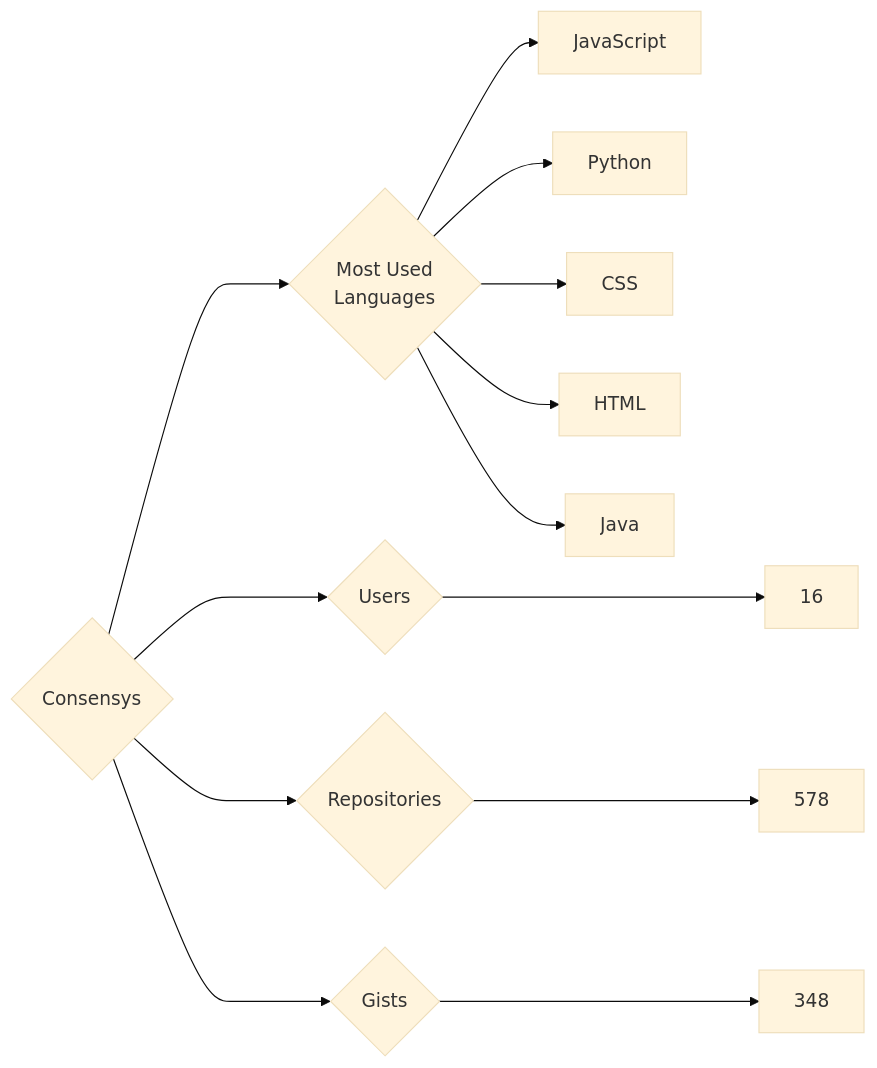
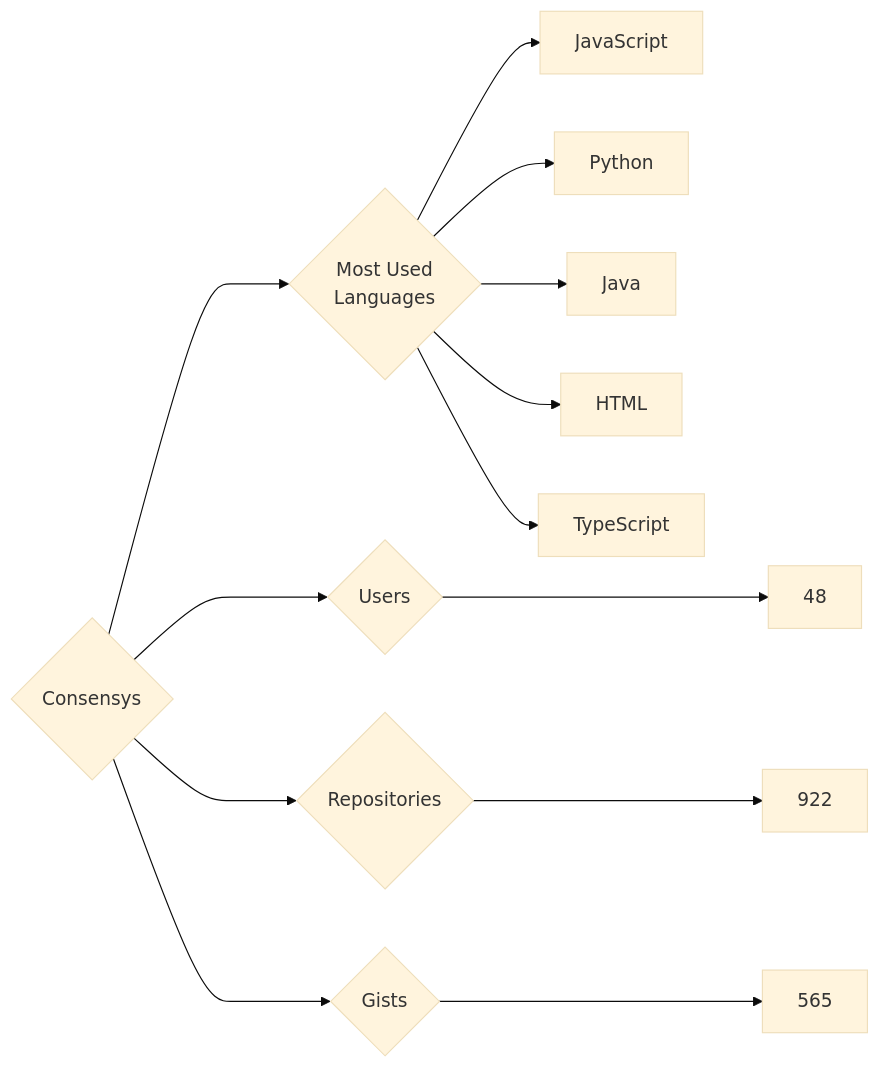
One commit to trickest/insiders changed the diagram in targets/Consensys/README.md. Above: the diagram before and after it, drawn with Mermaid (base theme). The commit also changed 826 other files, not shown here.

````diff
--- a/targets/Consensys/README.md
+++ b/targets/Consensys/README.md
@@ -3,13 +3,13 @@
 ```mermaid
 graph LR
 COMPANY_NAME{Consensys}
-COMPANY_NAME ---> U{Users} ---> UN[16]
-COMPANY_NAME ---> R{Repositories} ---> RN[578]
-COMPANY_NAME ---> G{Gists} ---> GN[348]
+COMPANY_NAME ---> U{Users} ---> UN[48]
+COMPANY_NAME ---> R{Repositories} ---> RN[922]
+COMPANY_NAME ---> G{Gists} ---> GN[565]
 COMPANY_NAME ---> ML{Most Used<br>Languages}
 ML --> JavaScript[JavaScript]
 ML --> Python[Python]
-ML --> CSS[CSS]
+ML --> Java[Java]
 ML --> HTML[HTML]
-ML --> Java[Java]
+ML --> TypeScript[TypeScript]
 ```
````
